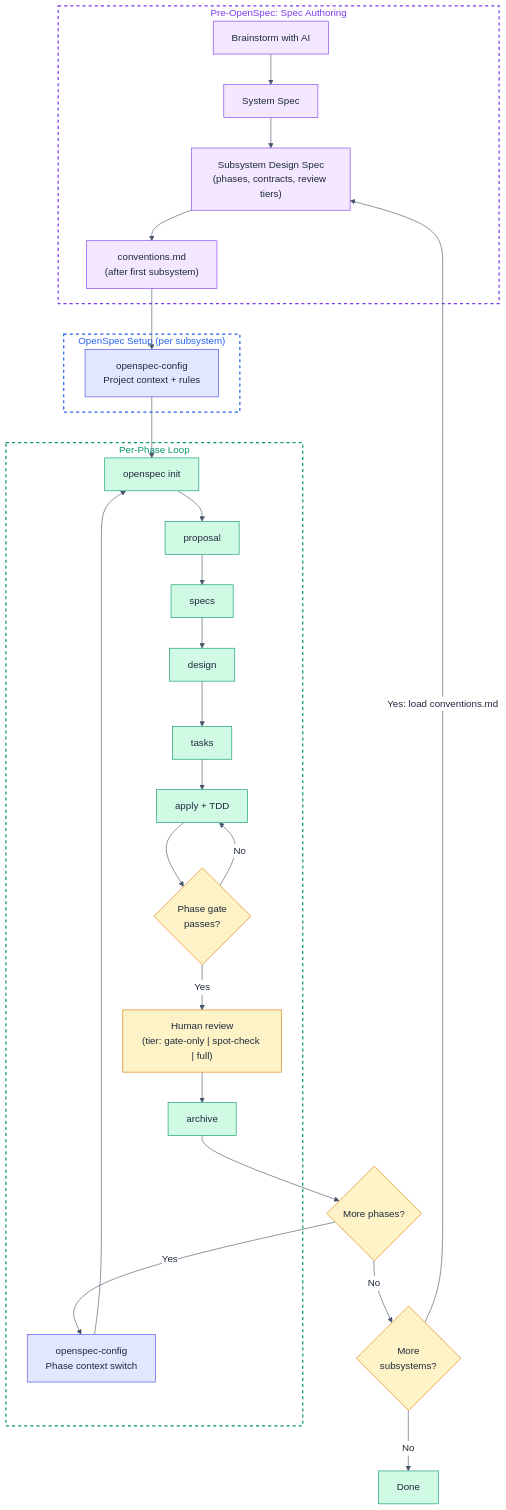
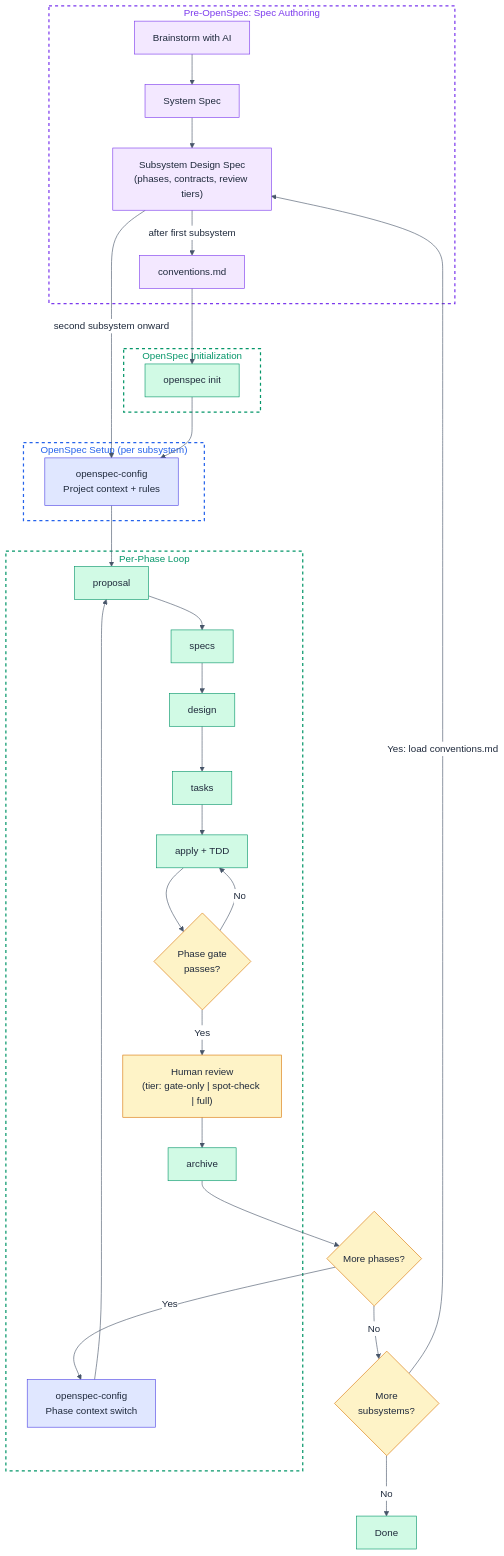
One commit to mpurbo/purbo-skills changed the diagram in README.md. Above: the diagram before and after it, drawn with Mermaid.

Commit message:
fix sdd mermaid flow

````diff
--- a/README.md
+++ b/README.md
@@ -97,71 +97,76 @@
 ```mermaid
 %%{init:{'theme':'base','themeVariables':{'primaryTextColor':'#1e293b','lineColor':'#475569','edgeLabelBackground':'#ffffff','tertiaryTextColor':'#1e293b'}}}%%
 flowchart TD
     subgraph pre_openspec ["Pre-OpenSpec: Spec Authoring"]
         Brain["Brainstorm with AI"]
         SysSpec["System Spec"]
         SubSpec["Subsystem Design Spec<br/>(phases, contracts, review tiers)"]
-        Conv["conventions.md<br/>(after first subsystem)"]
+        Conv["conventions.md"]
 
         Brain --> SysSpec
         SysSpec --> SubSpec
-        SubSpec --> Conv
+        SubSpec -- after first subsystem --> Conv
+    end
+
+    subgraph init_openspec ["OpenSpec Initialization"]
+        Init["openspec init"]
     end
 
     subgraph config_phase ["OpenSpec Setup (per subsystem)"]
         Config["openspec-config<br/>Project context + rules"]
     end
 
     subgraph phase_loop ["Per-Phase Loop"]
         PhaseCtx["openspec-config<br/>Phase context switch"]
-        Init["openspec init"]
         Proposal["proposal"]
         Specs["specs"]
         Design["design"]
         Tasks["tasks"]
         Apply["apply + TDD"]
         Gate{"Phase gate<br/>passes?"}
         Review["Human review<br/>(tier: gate-only | spot-check | full)"]
         Archive["archive"]
     end
 
     MorePhases{"More phases?"}
     MoreSubs{"More<br/>subsystems?"}
     Done["Done"]
 
-    Conv --> Config
-    Config --> Init
-    PhaseCtx --> Init
-    Init --> Proposal --> Specs --> Design --> Tasks --> Apply
+    SubSpec -- second subsystem onward --> Config
+    Conv --> Init
+    Init --> Config
+    PhaseCtx --> Proposal
+    Config --> Proposal --> Specs --> Design --> Tasks --> Apply
     Apply --> Gate
     Gate -- "No" --> Apply
     Gate -- "Yes" --> Review --> Archive
     Archive --> MorePhases
     MorePhases -- "Yes" --> PhaseCtx
     MorePhases -- "No" --> MoreSubs
     MoreSubs -- "Yes: load conventions.md" --> SubSpec
     MoreSubs -- "No" --> Done
 
     style pre_openspec fill:none,stroke:#7c3aed,stroke-dasharray: 5 5,stroke-width:2px,color:#7c3aed
+    style init_openspec fill:none,stroke:#059669,stroke-dasharray: 5 5,stroke-width:2px,color:#059669
     style config_phase fill:none,stroke:#2563eb,stroke-dasharray: 5 5,stroke-width:2px,color:#2563eb
     style phase_loop fill:none,stroke:#059669,stroke-dasharray: 5 5,stroke-width:2px,color:#059669
 
     style Brain fill:#f3e8ff,stroke:#7c3aed,color:#1e293b
     style SysSpec fill:#f3e8ff,stroke:#7c3aed,color:#1e293b
     style SubSpec fill:#f3e8ff,stroke:#7c3aed,color:#1e293b
     style Conv fill:#f3e8ff,stroke:#7c3aed,color:#1e293b
     style Config fill:#e0e7ff,stroke:#4f46e5,color:#1e293b
     style PhaseCtx fill:#e0e7ff,stroke:#4f46e5,color:#1e293b
     style Init fill:#d1fae5,stroke:#059669,color:#1e293b
     style Proposal fill:#d1fae5,stroke:#059669,color:#1e293b
     style Specs fill:#d1fae5,stroke:#059669,color:#1e293b
     style Design fill:#d1fae5,stroke:#059669,color:#1e293b
     style Tasks fill:#d1fae5,stroke:#059669,color:#1e293b
     style Apply fill:#d1fae5,stroke:#059669,color:#1e293b
     style Gate fill:#fef3c7,stroke:#d97706,color:#1e293b
     style Review fill:#fef3c7,stroke:#d97706,color:#1e293b
     style Archive fill:#d1fae5,stroke:#059669,color:#1e293b
     style MorePhases fill:#fef3c7,stroke:#d97706,color:#1e293b
     style MoreSubs fill:#fef3c7,stroke:#d97706,color:#1e293b
     style Done fill:#d1fae5,stroke:#059669,color:#1e293b
 ```
````
